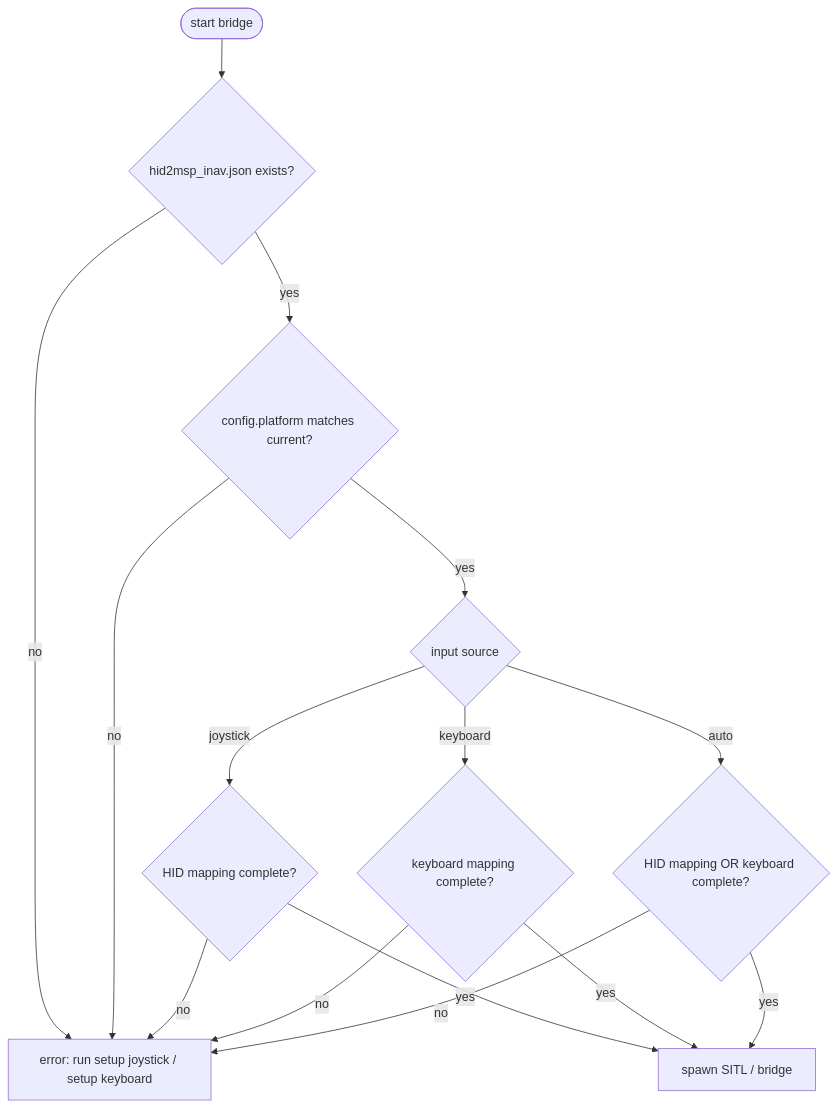
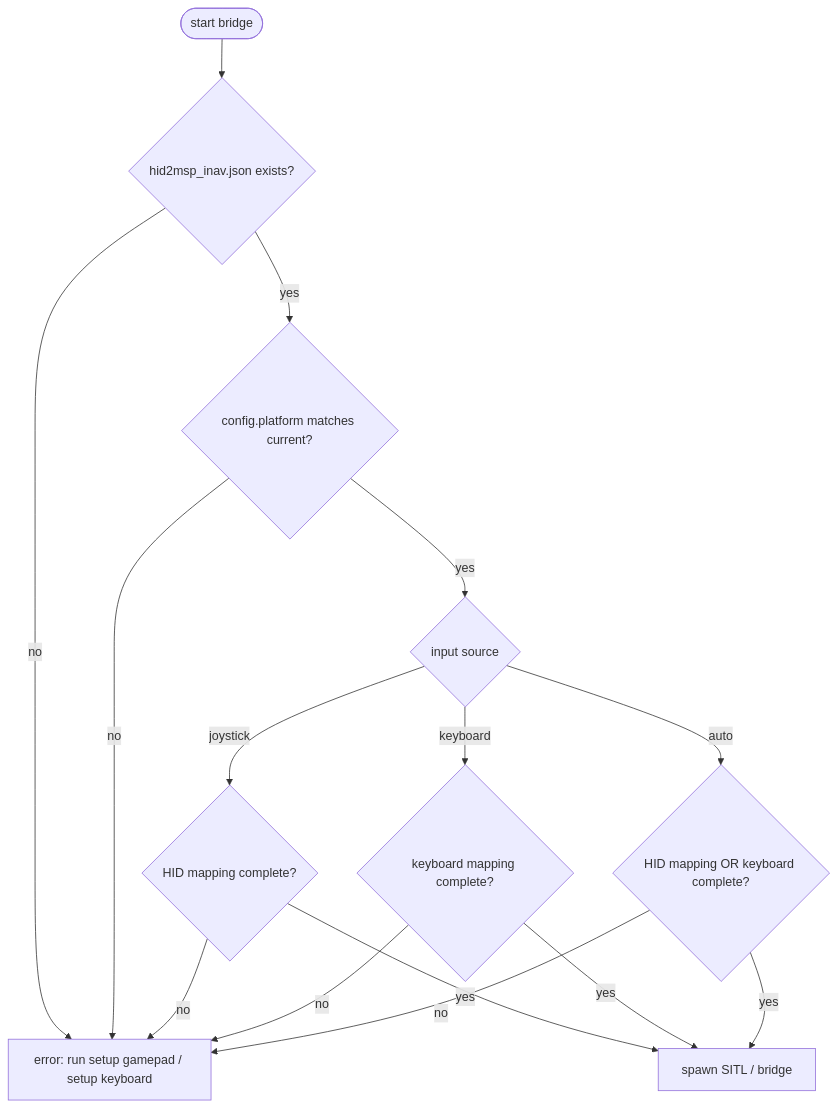
Before and after one commit to XinyiLiu577086410/Joystick-for-iNav-XPlane11-SITL: the fourth of 9 diagrams in docs/cross-platform-refactor-plan.md, drawn with Mermaid. The commit also changed other lines of this file and 14 other files, not shown here.

First line of the commit message:
Rename user-facing joystick terminology to gamepad

````diff
--- a/docs/cross-platform-refactor-plan.md
+++ b/docs/cross-platform-refactor-plan.md
@@ -441,19 +386,19 @@
 ```mermaid
 flowchart TD
     A([start bridge]) --> B{"hid2msp_inav.json exists?"}
-    B -- no --> C["error: run setup joystick / setup keyboard"]
+    B -- no --> C["error: run setup gamepad / setup keyboard"]
     B -- yes --> D{"config.platform matches current?"}
     D -- no --> C
     D -- yes --> E{"input source"}
 
     E -- joystick --> F{"HID mapping complete?"}
     E -- keyboard --> G{"keyboard mapping complete?"}
     E -- auto --> H{"HID mapping OR keyboard complete?"}
 
     F -- no --> C
     F -- yes --> I["spawn SITL / bridge"]
     G -- no --> C
     G -- yes --> I
     H -- no --> C
     H -- yes --> I
 ```
````
